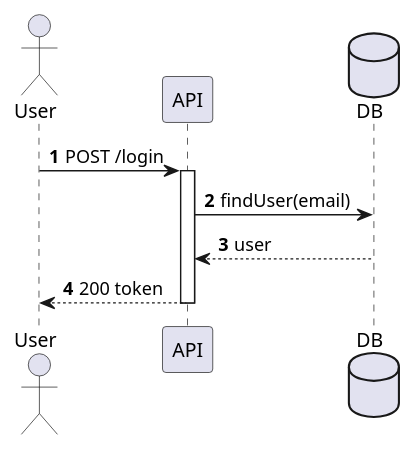
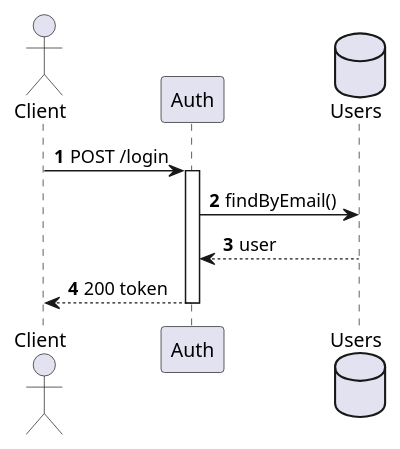
The third of 8 diagrams in docs/tools/plantuml.md (iwizy/analyst_kb), drawn with PlantUML before and after one commit. The commit also changed other lines of this file, not shown here.

Commit message:
Обновление материалов по PlantUML

````diff
--- a/docs/tools/plantuml.md
+++ b/docs/tools/plantuml.md
@@ -107,15 +120,15 @@
 ```kroki-plantuml
 @startuml
 autonumber
-actor User
-participant API
-database DB
+actor Client
+participant Auth
+database Users
 
-User -> API : POST /login
-activate API
-API -> DB : findUser(email)
-DB --> API : user
-API --> User : 200 token
-deactivate API
+Client -> Auth : POST /login
+activate Auth
+Auth -> Users : findByEmail()
+Users --> Auth : user
+Auth --> Client : 200 token
+deactivate Auth
 @enduml
 ```
````
